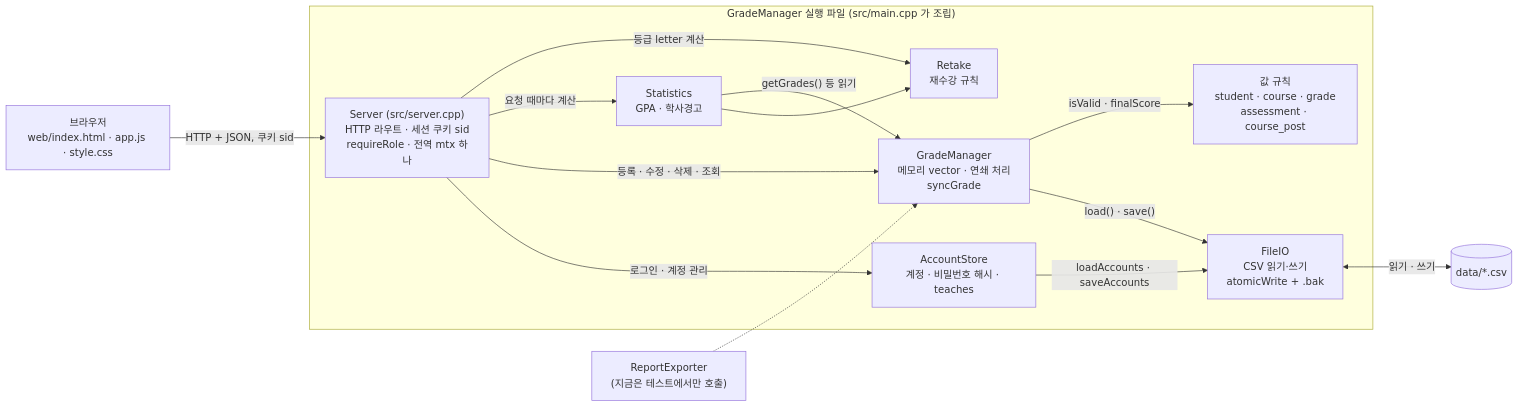
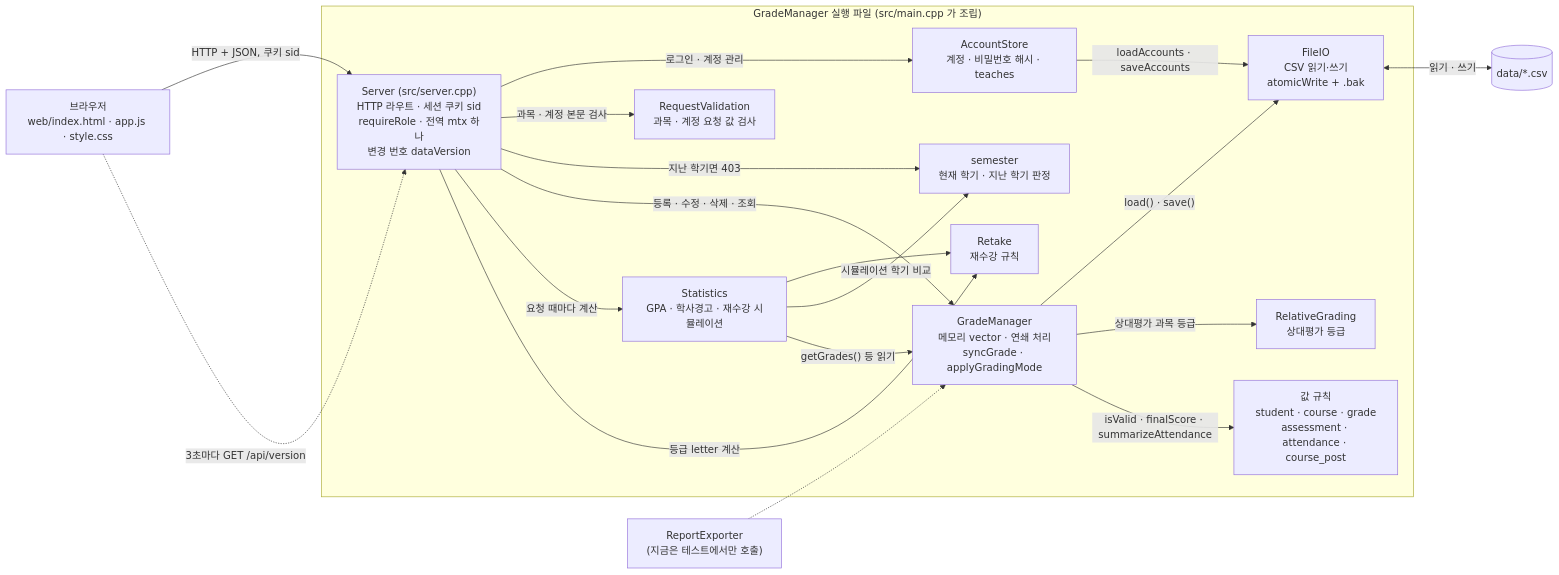
Before and after one commit to 2026ENDPoinT/team01: the first of 4 diagrams in docs/architecture.md, drawn with Mermaid. The commit also changed other lines of this file, not shown here.

````diff
--- a/docs/architecture.md
+++ b/docs/architecture.md
@@ -13,28 +13,36 @@
 ```mermaid
 flowchart LR
     UI["브라우저<br/>web/index.html · app.js · style.css"]
     subgraph PROC["GradeManager 실행 파일 (src/main.cpp 가 조립)"]
-        SRV["Server (src/server.cpp)<br/>HTTP 라우트 · 세션 쿠키 sid<br/>requireRole · 전역 mtx 하나"]
+        SRV["Server (src/server.cpp)<br/>HTTP 라우트 · 세션 쿠키 sid<br/>requireRole · 전역 mtx 하나<br/>변경 번호 dataVersion"]
+        REQ["RequestValidation<br/>과목 · 계정 요청 값 검사"]
+        SEM["semester<br/>현재 학기 · 지난 학기 판정"]
         ACC["AccountStore<br/>계정 · 비밀번호 해시 · teaches"]
-        GM["GradeManager<br/>메모리 vector · 연쇄 처리<br/>syncGrade"]
-        ST["Statistics<br/>GPA · 학사경고"]
+        GM["GradeManager<br/>메모리 vector · 연쇄 처리<br/>syncGrade · applyGradingMode"]
+        ST["Statistics<br/>GPA · 학사경고 · 재수강 시뮬레이션"]
         RT["Retake<br/>재수강 규칙"]
-        VAL["값 규칙<br/>student · course · grade<br/>assessment · course_post"]
+        RG["RelativeGrading<br/>상대평가 등급"]
+        VAL["값 규칙<br/>student · course · grade<br/>assessment · attendance · course_post"]
         FIO["FileIO<br/>CSV 읽기·쓰기<br/>atomicWrite + .bak"]
     end
     CSV[("data/*.csv")]
     RE["ReportExporter<br/>(지금은 테스트에서만 호출)"]
 
     UI -->|"HTTP + JSON, 쿠키 sid"| SRV
+    UI -.->|"3초마다 GET /api/version"| SRV
     SRV -->|"로그인 · 계정 관리"| ACC
+    SRV -->|"과목 · 계정 본문 검사"| REQ
+    SRV -->|"지난 학기면 403"| SEM
     SRV -->|"등록 · 수정 · 삭제 · 조회"| GM
     SRV -->|"요청 때마다 계산"| ST
     SRV -->|"등급 letter 계산"| RT
     ST --> RT
+    ST -->|"시뮬레이션 학기 비교"| SEM
     ST -->|"getGrades() 등 읽기"| GM
     GM -->|"load() · save()"| FIO
+    GM -->|"상대평가 과목 등급"| RG
     ACC -->|"loadAccounts · saveAccounts"| FIO
-    GM -->|"isValid · finalScore"| VAL
+    GM -->|"isValid · finalScore · summarizeAttendance"| VAL
     FIO <-->|"읽기 · 쓰기"| CSV
     RE -.-> GM
 ```
````
